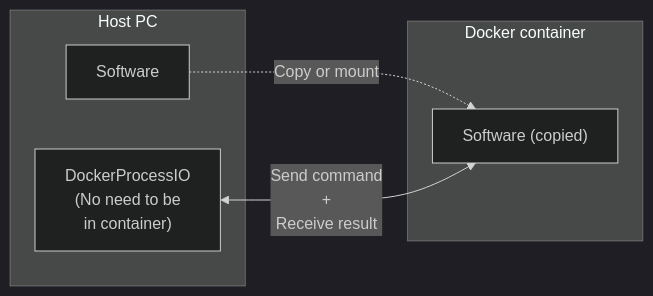
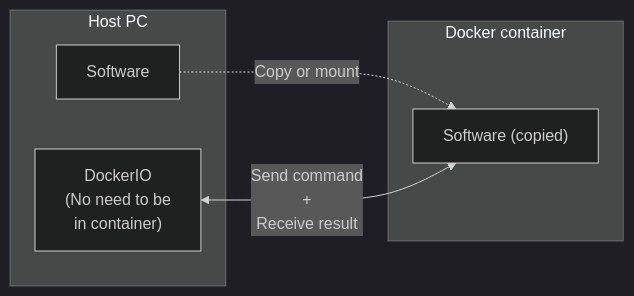
The third of 4 diagrams in examples/README.md (nunoya-yuma/blabot), drawn with Mermaid (dark theme) before and after one commit. The commit also changed other lines of this file and 2 other files, not shown here.

First line of the commit message:
Refactor function for docker

````diff
--- a/examples/README.md
+++ b/examples/README.md
@@ -138,18 +138,18 @@
 ```mermaid
 graph LR
     subgraph HostPC["Host PC"]
         Software["Software"]
-        DockerIO["DockerProcessIO
+        DockerIO["DockerIO
                   (No need to be
                   in container)"]
     end
 
     subgraph Container["Docker container"]
         Software_copied["Software (copied)"]
     end
 
     Software -.->|Copy or mount| Software_copied
     DockerIO <-->|"Send command
                    +
                    Receive result"| Software_copied
 ```
````
